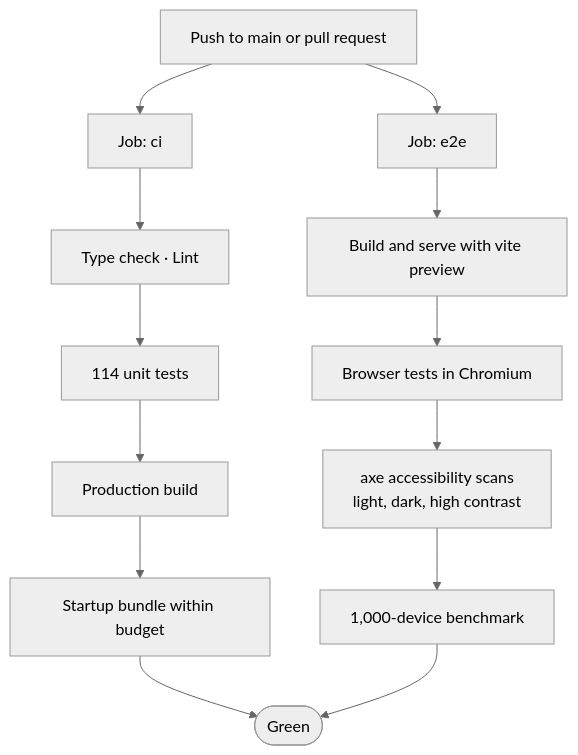
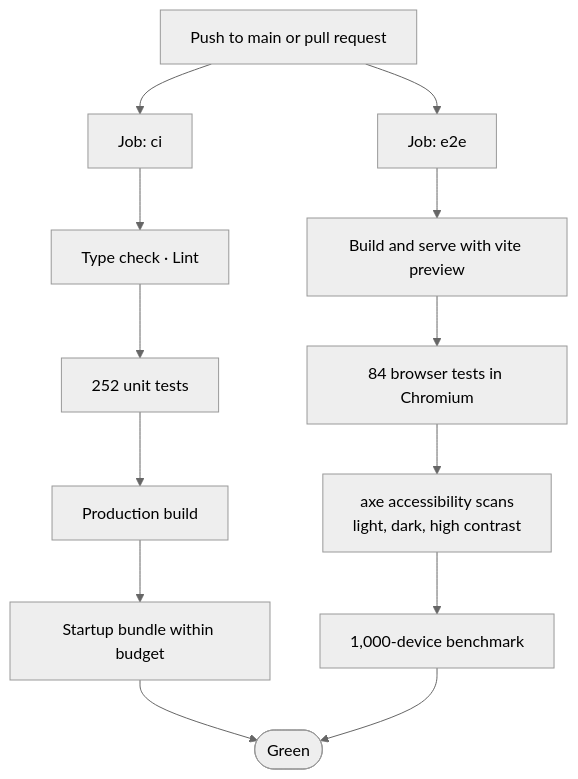
Before and after one commit to vijaykumargowdakk/ReSecArc: diagram 29 of 32 in README.md, drawn with Mermaid (neutral theme). The commit also changed other lines of this file and 18 other files, not shown here.

Commit message:
Retake the README screenshots with a script; bring the README's numbers, source map and timeline up to date

````diff
--- a/README.md
+++ b/README.md
@@ -1265,15 +1272,15 @@
 ```mermaid
 flowchart TB
     PUSH["Push to main or pull request"] --> J1["Job: ci"]
     PUSH --> J2["Job: e2e"]
     J1 --> A1["Type check · Lint"]
-    A1 --> A2["114 unit tests"]
+    A1 --> A2["252 unit tests"]
     A2 --> A3["Production build"]
     A3 --> A4["Startup bundle within budget"]
     J2 --> B1["Build and serve with vite preview"]
-    B1 --> B2["Browser tests in Chromium"]
+    B1 --> B2["84 browser tests in Chromium"]
     B2 --> B3["axe accessibility scans<br/>light, dark, high contrast"]
     B3 --> B4["1,000-device benchmark"]
     A4 --> OK(["Green"])
     B4 --> OK
 ```
````
